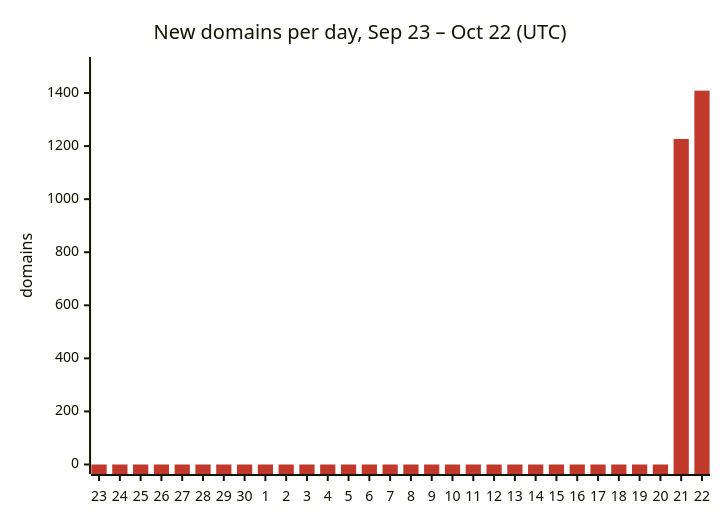
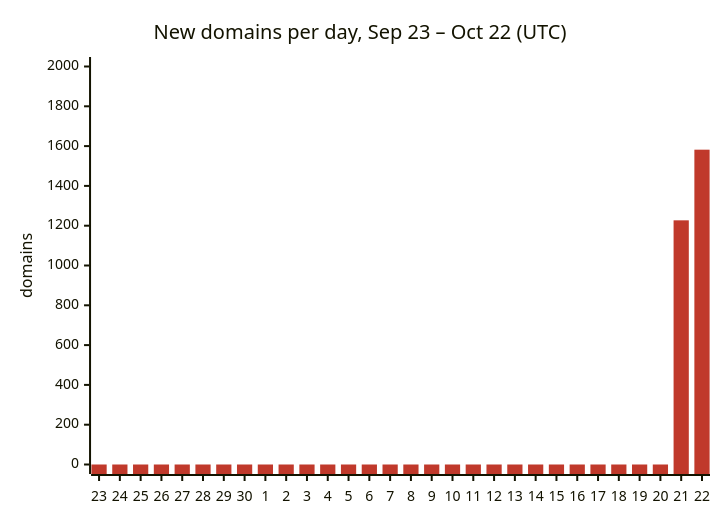
The first of 3 diagrams in README.md (DNSBunker/CTI), drawn with Mermaid before and after one commit. The commit also changed other lines of this file and 3 other files, not shown here.

````diff
--- a/README.md
+++ b/README.md
@@ -29,8 +29,8 @@
 ```mermaid
 %%{init: {"themeVariables": {"xyChart": {"plotColorPalette": "#c0392b"}}}}%%
 xychart-beta
     title "New domains per day, Sep 23 – Oct 22 (UTC)"
     x-axis ["23", "24", "25", "26", "27", "28", "29", "30", "1", "2", "3", "4", "5", "6", "7", "8", "9", "10", "11", "12", "13", "14", "15", "16", "17", "18", "19", "20", "21", "22"]
-    y-axis "domains" 0 --> 1500
-    bar [0, 0, 0, 0, 0, 0, 0, 0, 0, 0, 0, 0, 0, 0, 0, 0, 0, 0, 0, 0, 0, 0, 0, 0, 0, 0, 0, 0, 1227, 1409]
+    y-axis "domains" 0 --> 2000
+    bar [0, 0, 0, 0, 0, 0, 0, 0, 0, 0, 0, 0, 0, 0, 0, 0, 0, 0, 0, 0, 0, 0, 0, 0, 0, 0, 0, 0, 1227, 1582]
 ```
````
